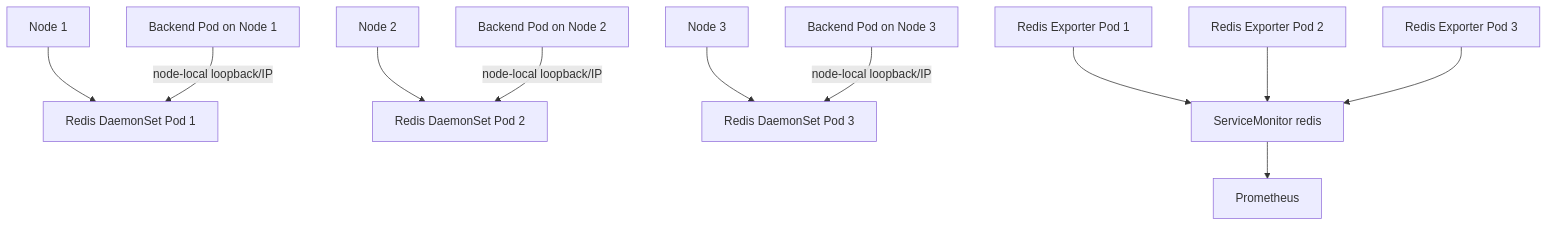
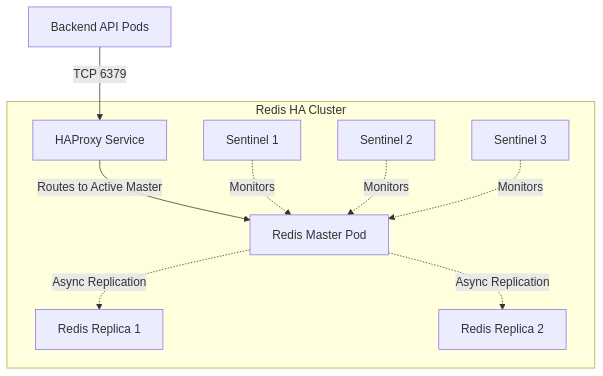
The diagram in k8s/redis/README.md (Kien-devops/k8s-home), drawn with Mermaid before and after one commit. The commit also changed other lines of this file and 8 other files, not shown here.

Commit message:
feat: deploy Redis HA using Bitnami chart and update backend deployment to use HAProxy service

````diff
--- a/k8s/redis/README.md
+++ b/k8s/redis/README.md
@@ -7,15 +10,14 @@
 ```mermaid
 flowchart TB
-    node1[Node 1] --> redis1[Redis DaemonSet Pod 1]
-    node2[Node 2] --> redis2[Redis DaemonSet Pod 2]
-    node3[Node 3] --> redis3[Redis DaemonSet Pod 3]
-
-    be1[Backend Pod on Node 1] -->|node-local loopback/IP| redis1
-    be2[Backend Pod on Node 2] -->|node-local loopback/IP| redis2
-    be3[Backend Pod on Node 3] -->|node-local loopback/IP| redis3
-
-    exporter1[Redis Exporter Pod 1] --> serviceMonitor[ServiceMonitor redis]
-    exporter2[Redis Exporter Pod 2] --> serviceMonitor
-    exporter3[Redis Exporter Pod 3] --> serviceMonitor
-    serviceMonitor --> prometheus[Prometheus]
+    be[Backend API Pods] -->|TCP 6379| haproxy[HAProxy Service]
+    
+    subgraph Redis HA Cluster
+        haproxy -->|Routes to Active Master| master[Redis Master Pod]
+        master -.->|Async Replication| replica1[Redis Replica 1]
+        master -.->|Async Replication| replica2[Redis Replica 2]
+        
+        sentinel1[Sentinel 1] -.->|Monitors| master
+        sentinel2[Sentinel 2] -.->|Monitors| master
+        sentinel3[Sentinel 3] -.->|Monitors| master
+    end
 ```
````
